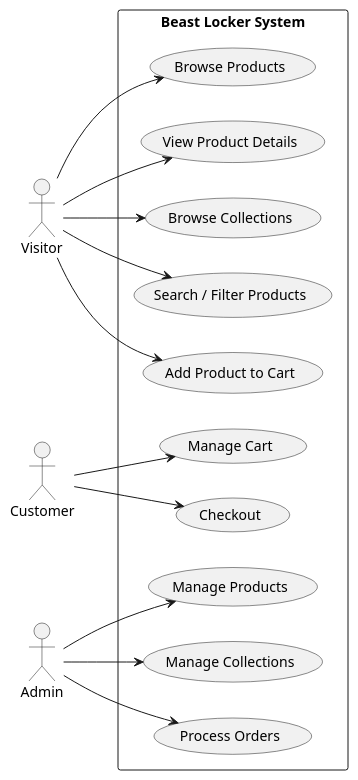
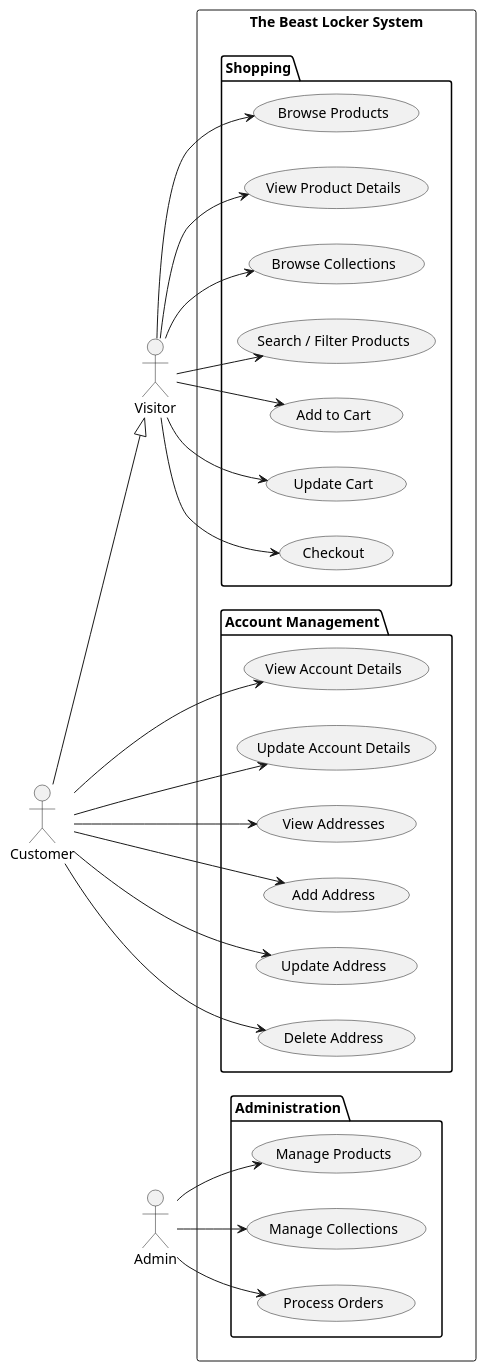
The diagram in docs/01-analysis/use-case-diagram.puml (MehtupciuAlexandru/the-beast-locker), drawn with PlantUML before and after one commit. The commit also changed 5 other files, not shown here.

```diff
--- a/docs/01-analysis/use-case-diagram.puml
+++ b/docs/01-analysis/use-case-diagram.puml
@@ -1,26 +1,57 @@
 @startuml
-
 left to right direction
 
 actor Visitor
 actor Customer
 actor Admin
 
-rectangle "Beast Locker System" {
+Customer --|> Visitor
 
-  Visitor --> (Browse Products)
-  Visitor --> (View Product Details)
-  Visitor --> (Browse Collections)
-  Visitor --> (Search / Filter Products)
-  Visitor --> (Add Product to Cart)
+rectangle "The Beast Locker System" {
 
-  Customer --> (Manage Cart)
-  Customer --> (Checkout)
+    package "Shopping" {
+        (Browse Products) as UC1
+        (View Product Details) as UC2
+        (Browse Collections) as UC3
+        (Search / Filter Products) as UC4
+        (Add to Cart) as UC5
+        (Update Cart) as UC6
+        (Checkout) as UC7
+    }
 
-  Admin --> (Manage Products)
-  Admin --> (Manage Collections)
-  Admin --> (Process Orders)
+    package "Account Management" {
+        (View Account Details) as UC11
+        (Update Account Details) as UC12
+        (View Addresses) as UC13
+        (Add Address) as UC14
+        (Update Address) as UC15
+        (Delete Address) as UC16
+    }
 
+    package "Administration" {
+        (Manage Products) as UC8
+        (Manage Collections) as UC9
+        (Process Orders) as UC10
+    }
 }
 
+Visitor --> UC1
+Visitor --> UC2
+Visitor --> UC3
+Visitor --> UC4
+Visitor --> UC5
+Visitor --> UC6
+Visitor --> UC7
+
+Customer --> UC11
+Customer --> UC12
+Customer --> UC13
+Customer --> UC14
+Customer --> UC15
+Customer --> UC16
+
+Admin --> UC8
+Admin --> UC9
+Admin --> UC10
+
 @enduml
```
